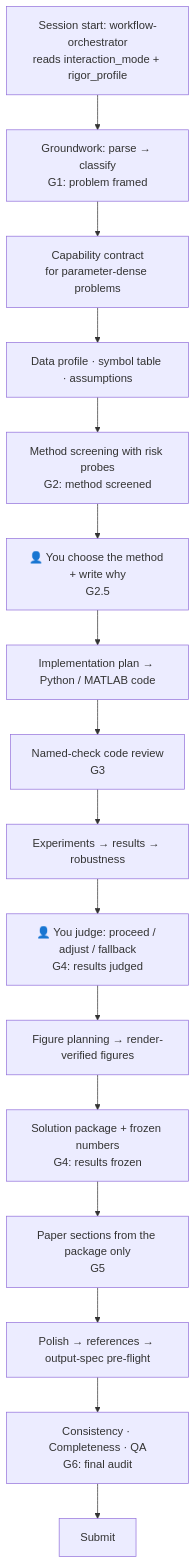
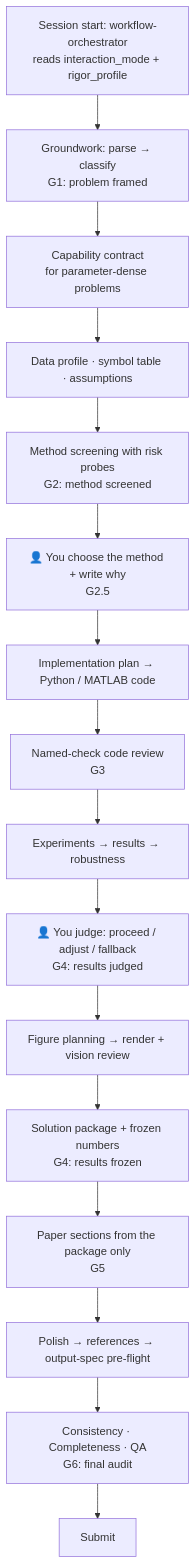
One commit to goblinIBigBro/EasyMathModel changed the diagram in README.md. Above: the diagram before and after it, drawn with Mermaid. The commit also changed other lines of this file and 23 other files, not shown here.

Commit message:
Add figure-vision-review skill with vision API state file

````diff
--- a/README.md
+++ b/README.md
@@ -53,20 +53,20 @@
 ```mermaid
 flowchart TD
     A["Session start: workflow-orchestrator<br/>reads interaction_mode + rigor_profile"]
     B["Groundwork: parse → classify<br/>G1: problem framed"]
     C["Capability contract<br/>for parameter-dense problems"]
     D["Data profile · symbol table · assumptions"]
     E["Method screening with risk probes<br/>G2: method screened"]
     F["👤 You choose the method + write why<br/>G2.5"]
     G["Implementation plan → Python / MATLAB code"]
     H["Named-check code review<br/>G3"]
     I["Experiments → results → robustness"]
     J["👤 You judge: proceed / adjust / fallback<br/>G4: results judged"]
-    K["Figure planning → render-verified figures"]
+    K["Figure planning → render + vision review"]
     L["Solution package + frozen numbers<br/>G4: results frozen"]
     M["Paper sections from the package only<br/>G5"]
     N["Polish → references → output-spec pre-flight"]
     O["Consistency · Completeness · QA<br/>G6: final audit"]
     P["Submit"]
     A --> B --> C --> D --> E --> F --> G --> H --> I --> J --> K --> L --> M --> N --> O --> P
 ```
````
